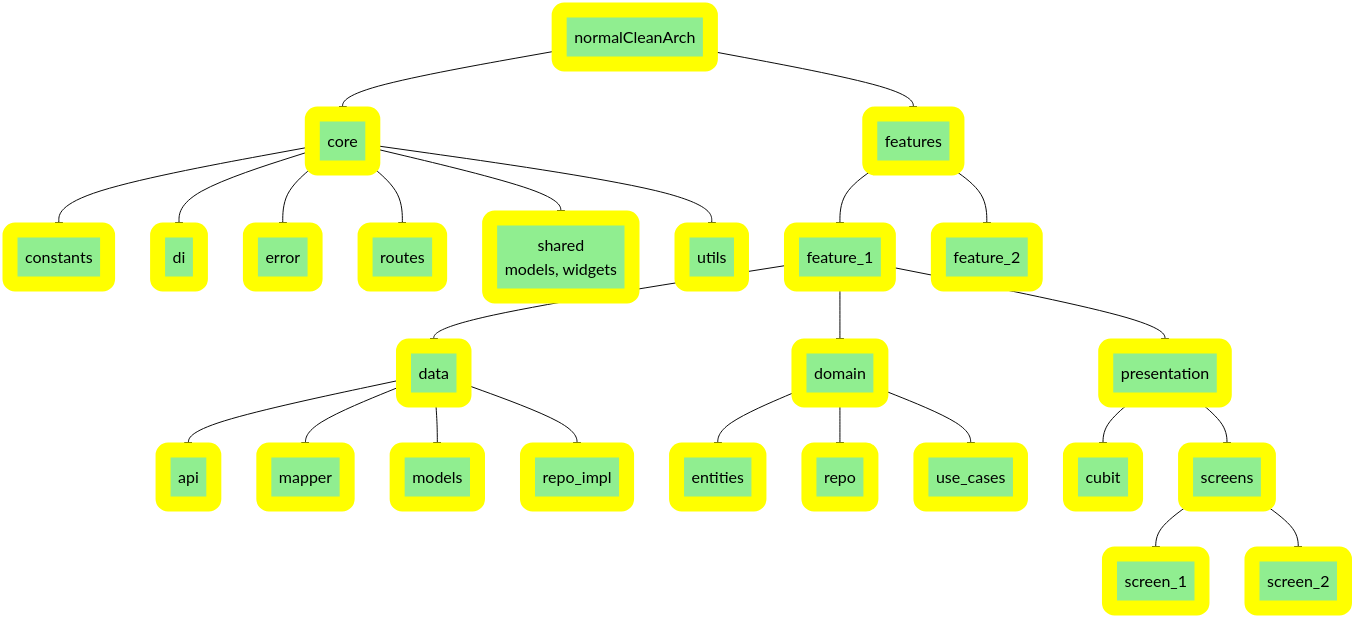
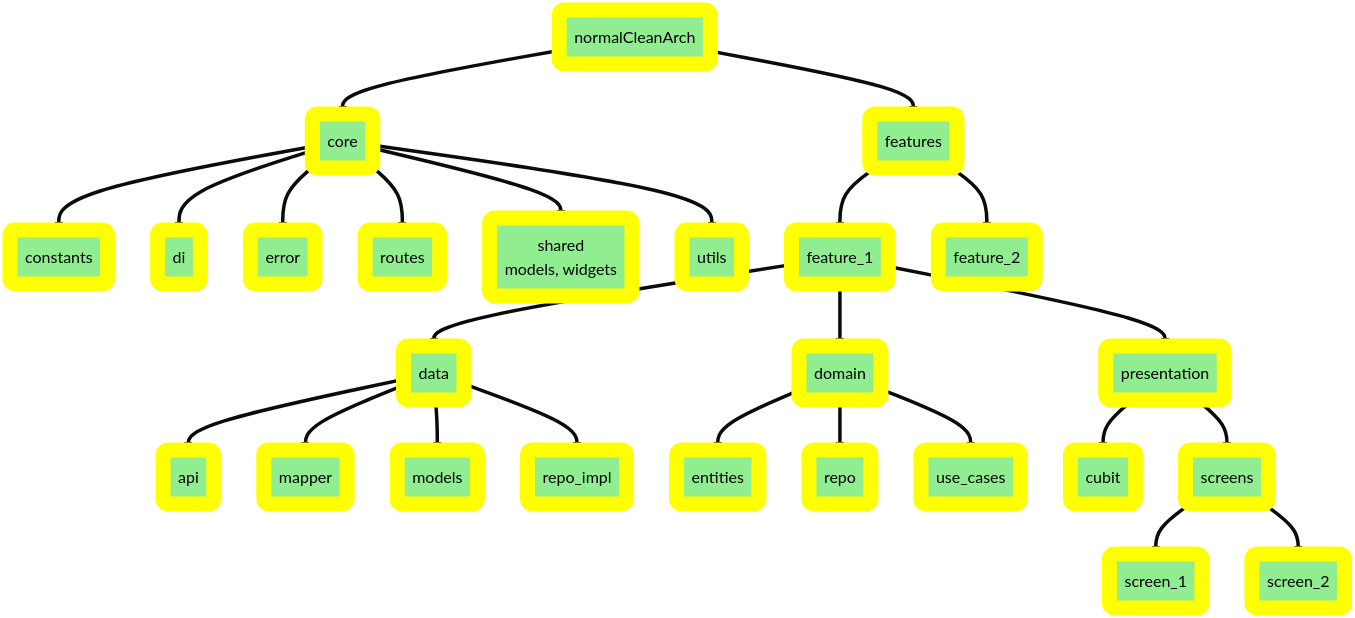
The diagram in README.md (Mahm0udbakir/clean_arch), drawn with Mermaid (base theme) before and after one commit.

Commit message:
Update README.md architecture diagram to use arrows for connections, improving clarity in the representation of relationships between components.

````diff
--- a/README.md
+++ b/README.md
@@ -5,36 +5,36 @@
 ```mermaid
 graph TD
-    A(normalCleanArch) --> B(core)
-    A --> C(features)
+    A(normalCleanArch) ==> B(core)
+    A ==> C(features)
 
-    B --> B1(constants)
-    B --> B2(di)
-    B --> B3(error)
-    B --> B4(routes)
-    B --> B5("shared<br/>models, widgets")
-    B --> B6(utils)
+    B ==> B1(constants)
+    B ==> B2(di)
+    B ==> B3(error)
+    B ==> B4(routes)
+    B ==> B5("shared<br/>models, widgets")
+    B ==> B6(utils)
 
-    C --> C1(feature_1)
-    C1 --> C1a(data)
-    C1a --> C1a1(api)
-    C1a --> C1a2(mapper)
-    C1a --> C1a3(models)
-    C1a --> C1a4(repo_impl)
-    C1 --> C1b(domain)
-    C1b --> C1b1(entities)
-    C1b --> C1b2(repo)
-    C1b --> C1b3(use_cases)
-    C1 --> C1c(presentation)
-    C1c --> C1c1(cubit)
-    C1c --> C1c2(screens)
-    C1c2 --> C1c2a(screen_1)
-    C1c2 --> C1c2b(screen_2)
+    C ==> C1(feature_1)
+    C1 ==> C1a(data)
+    C1a ==> C1a1(api)
+    C1a ==> C1a2(mapper)
+    C1a ==> C1a3(models)
+    C1a ==> C1a4(repo_impl)
+    C1 ==> C1b(domain)
+    C1b ==> C1b1(entities)
+    C1b ==> C1b2(repo)
+    C1b ==> C1b3(use_cases)
+    C1 ==> C1c(presentation)
+    C1c ==> C1c1(cubit)
+    C1c ==> C1c2(screens)
+    C1c2 ==> C1c2a(screen_1)
+    C1c2 ==> C1c2b(screen_2)
 
-    C --> C2("feature_2")
+    C ==> C2(feature_2)
 
     classDef core fill:#90EE90,stroke:#FFFF00,stroke-width:15px,color:#000000;
     classDef features fill:#90EE90,stroke:#FFFF00,stroke-width:15px,color:#000000;
     classDef lib fill:#90EE90,stroke:#FFFF00,stroke-width:15px,color:#000000;
     class A,B,B1,B2,B3,B4,B5,B6 core;
     class C,C1,C1a,C1a1,C1a2,C1a3,C1a4,C1b,C1b1,C1b2,C1b3,C1c,C1c1,C1c2,C1c2a,C1c2b,C2 features;
 ```
````
